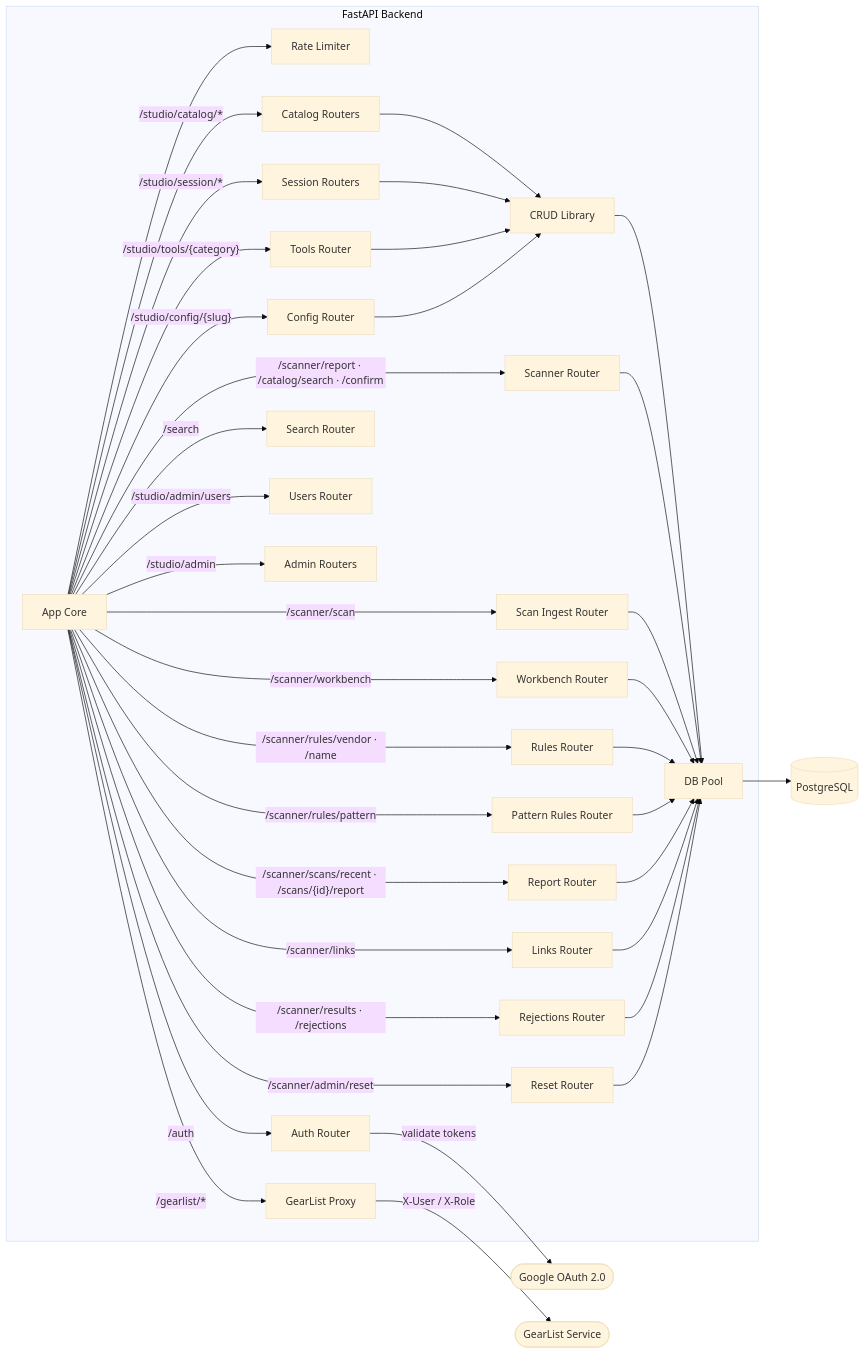
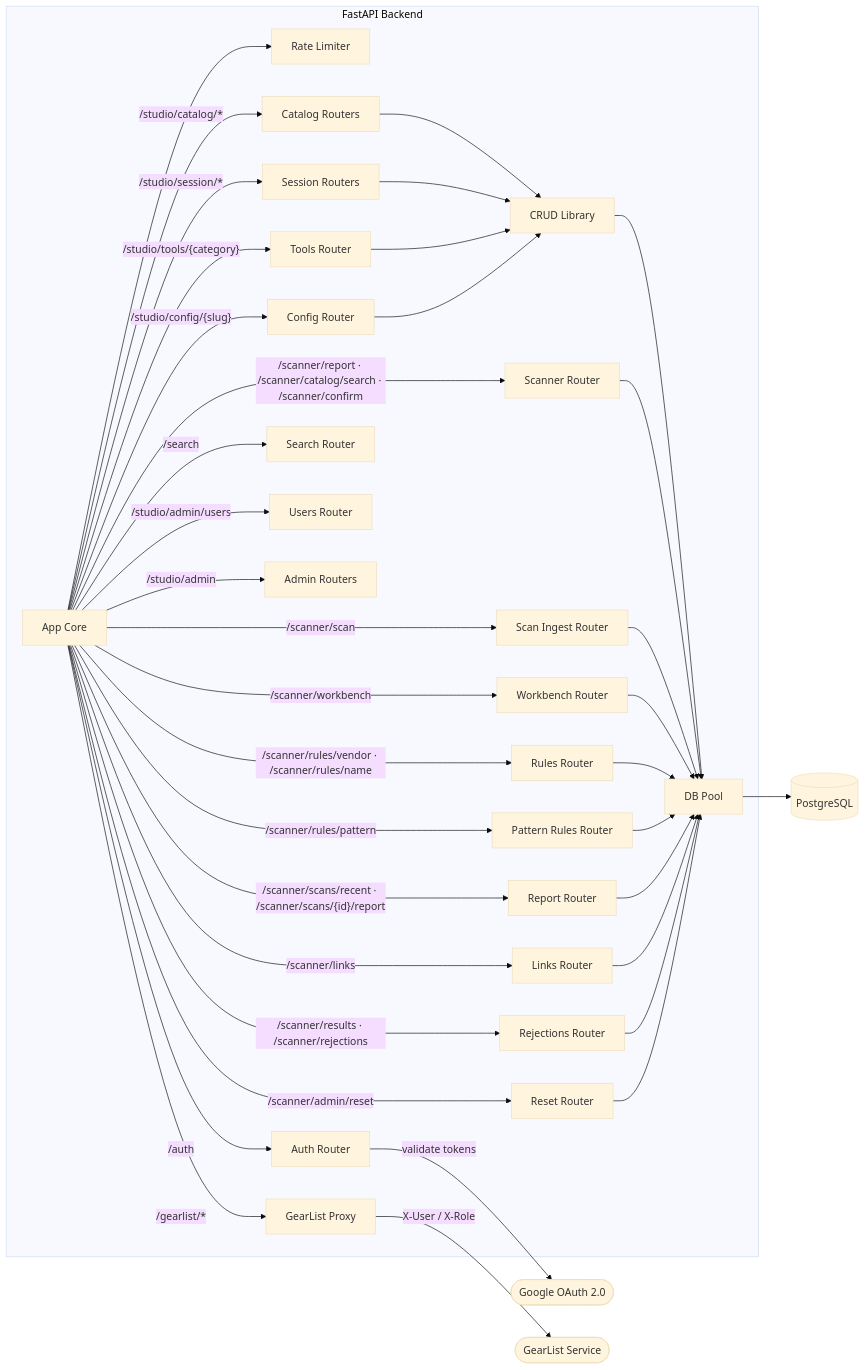
Before and after one commit to edtbl76/stud.io: the diagram in docs/arch/diagrams/l3-backend.md, drawn with Mermaid (base theme). The commit also changed 1 other file, not shown here.

Commit message:
Update API and architecture docs for revised scanner route mappings
- Updated `l3-backend.md` to reflect changes in scanner route mappings, ensuring consistency with the current routing logic (e.g., `/scanner/catalog/search`, `/scanner/rules/name`, `/scanner/rejections`).
- Adjusted `/scanner/workbench` API documentation in `api.md` by removing the unused `format` query parameter to align with the latest endpoint behavior.

````diff
--- a/docs/arch/diagrams/l3-backend.md
+++ b/docs/arch/diagrams/l3-backend.md
@@ -5,68 +5,68 @@
 ```mermaid
 graph LR
     subgraph backend ["FastAPI Backend"]
         appcore["App Core"]
         limiter["Rate Limiter"]
         authrouter["Auth Router"]
         catalogrouters["Catalog Routers"]
         sessionrouters["Session Routers"]
         toolsrouter["Tools Router"]
         configrouter["Config Router"]
         searchrouter["Search Router"]
         usersrouter["Users Router"]
         adminrouters["Admin Routers"]
         gearlistrouter["GearList Proxy"]
         scannerrouter["Scanner Router"]
         ingestrouter["Scan Ingest Router"]
         patternrulesrouter["Pattern Rules Router"]
         workbenchrouter["Workbench Router"]
         rulesrouter["Rules Router"]
         reportrouter["Report Router"]
         linksrouter["Links Router"]
         rejectionsrouter["Rejections Router"]
         resetrouter["Reset Router"]
         crudlib["CRUD Library"]
         dbpool["DB Pool"]
     end
 
     db[("PostgreSQL")]
     google(["Google OAuth 2.0"])
     gearlist(["GearList Service"])
 
     appcore --> limiter
     appcore -->|"/auth"| authrouter
     appcore -->|"/studio/catalog/*"| catalogrouters
     appcore -->|"/studio/session/*"| sessionrouters
     appcore -->|"/studio/tools/{category}"| toolsrouter
     appcore -->|"/studio/config/{slug}"| configrouter
     appcore -->|"/search"| searchrouter
     appcore -->|"/studio/admin/users"| usersrouter
     appcore -->|"/studio/admin"| adminrouters
     appcore -->|"/gearlist/*"| gearlistrouter
-    appcore -->|"/scanner/report · /catalog/search · /confirm"| scannerrouter
+    appcore -->|"/scanner/report · /scanner/catalog/search · /scanner/confirm"| scannerrouter
     appcore -->|"/scanner/scan"| ingestrouter
     appcore -->|"/scanner/workbench"| workbenchrouter
-    appcore -->|"/scanner/rules/vendor · /name"| rulesrouter
+    appcore -->|"/scanner/rules/vendor · /scanner/rules/name"| rulesrouter
     appcore -->|"/scanner/rules/pattern"| patternrulesrouter
-    appcore -->|"/scanner/scans/recent · /scans/{id}/report"| reportrouter
+    appcore -->|"/scanner/scans/recent · /scanner/scans/{id}/report"| reportrouter
     appcore -->|"/scanner/links"| linksrouter
-    appcore -->|"/scanner/results · /rejections"| rejectionsrouter
+    appcore -->|"/scanner/results · /scanner/rejections"| rejectionsrouter
     appcore -->|"/scanner/admin/reset"| resetrouter
     catalogrouters --> crudlib
     sessionrouters --> crudlib
     toolsrouter --> crudlib
     configrouter --> crudlib
     crudlib --> dbpool
     scannerrouter --> dbpool
     ingestrouter --> dbpool
     workbenchrouter --> dbpool
     rulesrouter --> dbpool
     patternrulesrouter --> dbpool
     reportrouter --> dbpool
     linksrouter --> dbpool
     rejectionsrouter --> dbpool
     resetrouter --> dbpool
     dbpool --> db
     authrouter -->|"validate tokens"| google
     gearlistrouter -->|"X-User / X-Role"| gearlist
 ```
````
